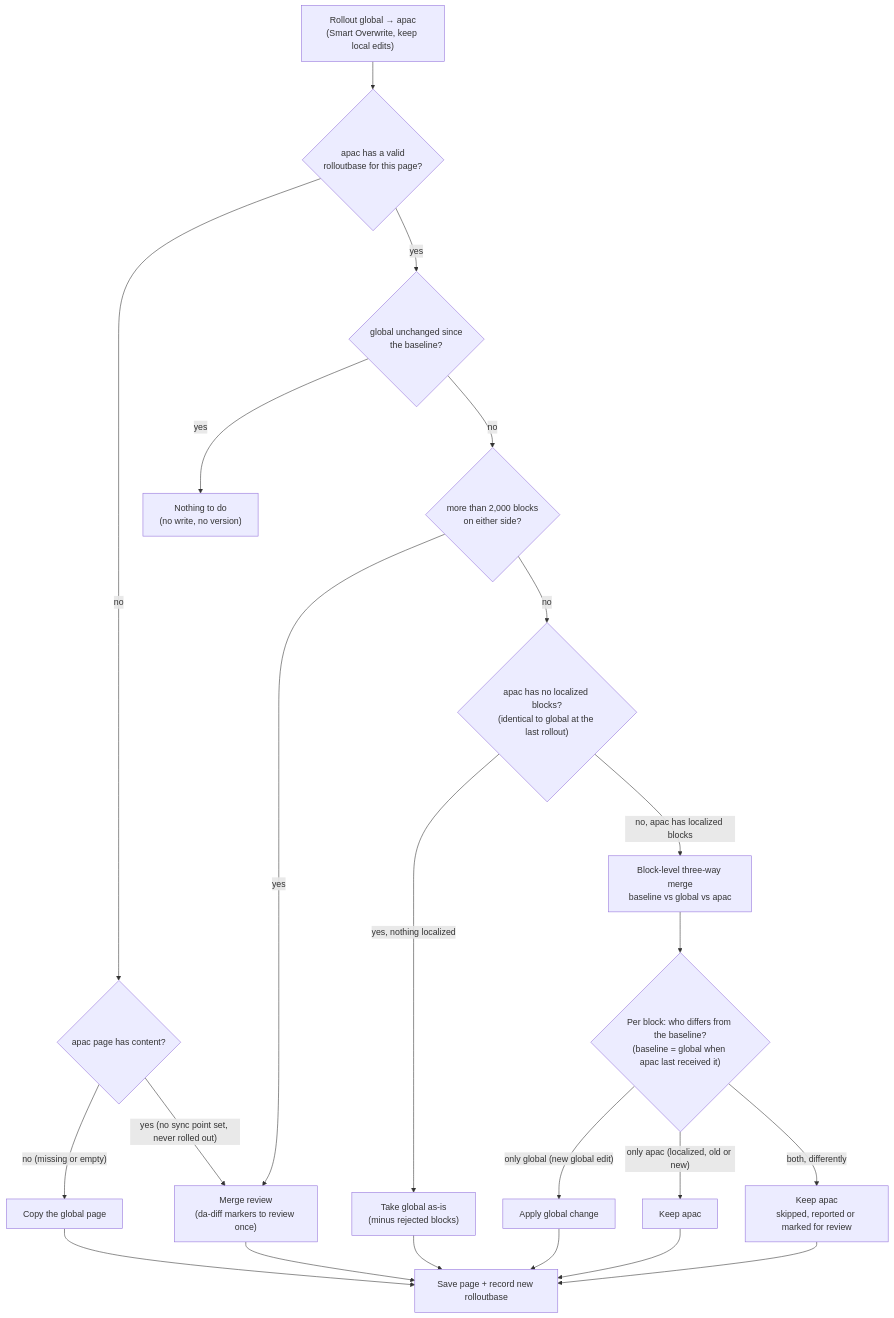
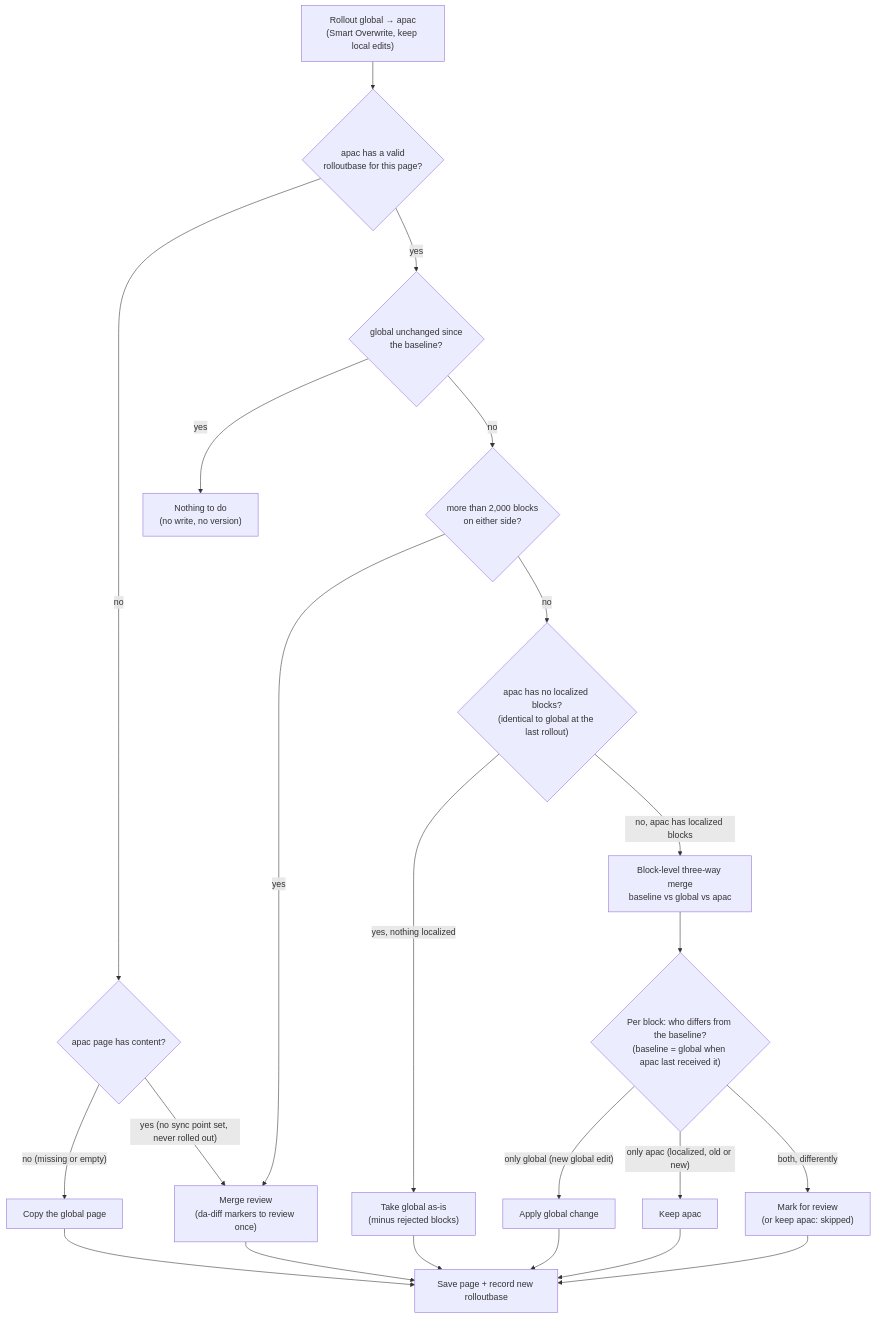
The diagram in docs/rollout-smart-overwrite.md (adobe/da-nx), drawn with Mermaid before and after one commit. The commit also changed other lines of this file and 1 other file, not shown here.

````diff
--- a/docs/rollout-smart-overwrite.md
+++ b/docs/rollout-smart-overwrite.md
@@ -26,24 +26,24 @@
 ```mermaid
 flowchart TD
   start["Rollout global → apac<br/>(Smart Overwrite, keep local edits)"] --> base{"apac has a valid<br/>rolloutbase for this page?"}
   base -- "no" --> exists{"apac page has content?"}
   exists -- "no (missing or empty)" --> copy["Copy the global page"]
   exists -- "yes (no sync point set, never rolled out)" --> merge["Merge review<br/>(da-diff markers to review once)"]
   base -- "yes" --> same{"global unchanged since<br/>the baseline?"}
   same -- "yes" --> nothing["Nothing to do<br/>(no write, no version)"]
   same -- "no" --> large{"more than 2,000 blocks<br/>on either side?"}
   large -- "yes" --> merge
   large -- "no" --> unchanged{"apac has no localized blocks?<br/>(identical to global at the last rollout)"}
   unchanged -- "yes, nothing localized" --> take["Take global as-is<br/>(minus rejected blocks)"]
   unchanged -- "no, apac has localized blocks" --> diff3["Block-level three-way merge<br/>baseline vs global vs apac"]
   diff3 --> who{"Per block: who differs from the baseline?<br/>(baseline = global when apac last received it)"}
   who -- "only global (new global edit)" --> apply["Apply global change"]
   who -- "only apac (localized, old or new)" --> keep["Keep apac"]
-  who -- "both, differently" --> skip["Keep apac<br/>skipped, reported or marked for review"]
+  who -- "both, differently" --> skip["Mark for review<br/>(or keep apac: skipped)"]
   copy --> save["Save page + record new rolloutbase"]
   merge --> save
   take --> save
   apply --> save
   keep --> save
   skip --> save
 ```
````
